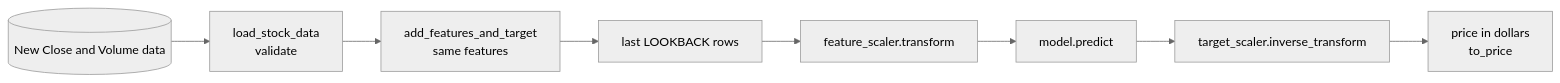
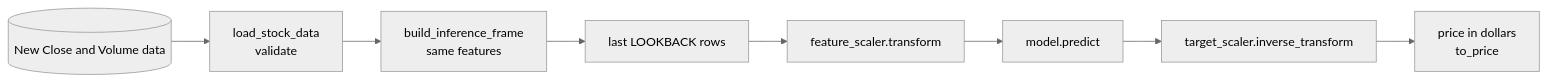
The diagram in docs/05_deployment.md (wences-psu/Stock_Price_DL), drawn with Mermaid (neutral theme) before and after one commit. The commit also changed other lines of this file and 5 other files, not shown here.

````diff
--- a/docs/05_deployment.md
+++ b/docs/05_deployment.md
@@ -33,10 +36,10 @@
 ```mermaid
 flowchart LR
     new[(New Close and Volume data)] --> load[load_stock_data<br/>validate]
-    load --> feat[add_features_and_target<br/>same features]
+    load --> feat[build_inference_frame<br/>same features]
     feat --> win[last LOOKBACK rows]
     win --> scale[feature_scaler.transform]
     scale --> model[model.predict]
     model --> inv[target_scaler.inverse_transform]
     inv --> price["price in dollars<br/>to_price"]
 ```
````
